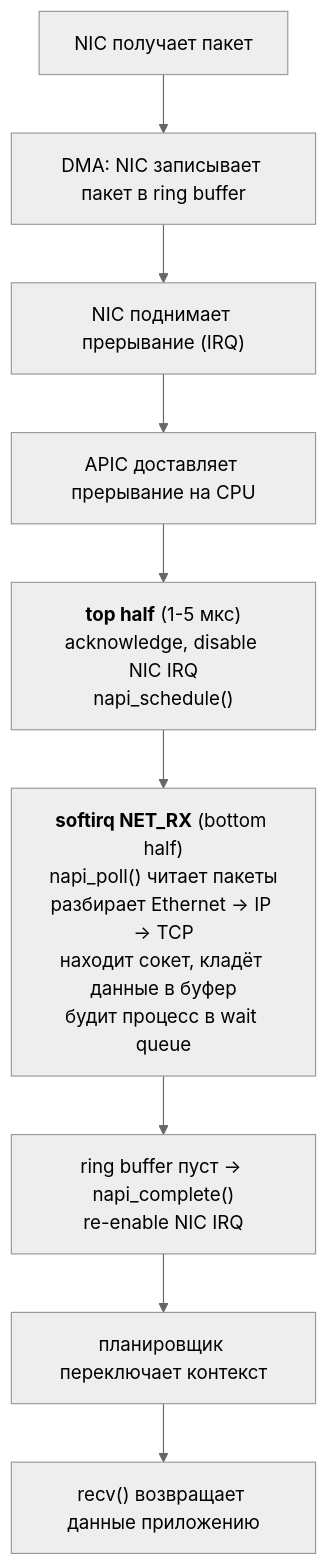
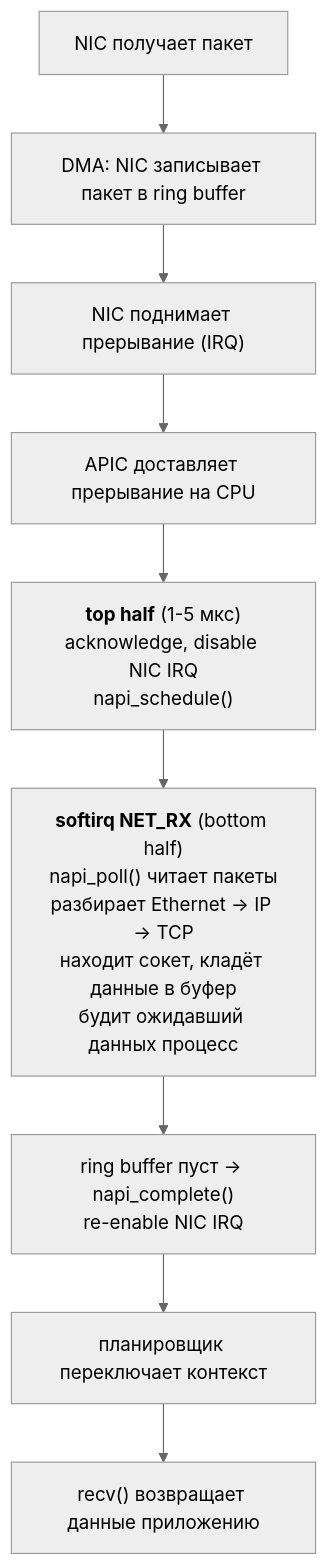
One commit to AlexeyMatskevich/cs-notes changed the second of 2 diagrams in linux/kernel/interrupts.md. Above: the diagram before and after it, drawn with Mermaid (neutral theme). The commit also changed other lines of this file and 2 other files, not shown here.

````diff
--- a/linux/kernel/interrupts.md
+++ b/linux/kernel/interrupts.md
@@ -225,14 +244,14 @@
 ```mermaid
 flowchart TB
     NIC["NIC получает пакет"]
     DMA["DMA: NIC записывает пакет в ring buffer"]
     IRQ["NIC поднимает прерывание (IRQ)"]
     APIC["APIC доставляет прерывание на CPU"]
     Top["<b>top half</b> (1-5 мкс)<br>acknowledge, disable NIC IRQ<br>napi_schedule()"]
-    Bottom["<b>softirq NET_RX</b> (bottom half)<br>napi_poll() читает пакеты<br>разбирает Ethernet → IP → TCP<br>находит сокет, кладёт данные в буфер<br>будит процесс в wait queue"]
+    Bottom["<b>softirq NET_RX</b> (bottom half)<br>napi_poll() читает пакеты<br>разбирает Ethernet → IP → TCP<br>находит сокет, кладёт данные в буфер<br>будит ожидавший данных процесс"]
     Done["ring buffer пуст → napi_complete()<br>re-enable NIC IRQ"]
     Sched["планировщик переключает контекст"]
     App["recv() возвращает данные приложению"]
 
     NIC --> DMA --> IRQ --> APIC --> Top --> Bottom --> Done --> Sched --> App
 ```
````
